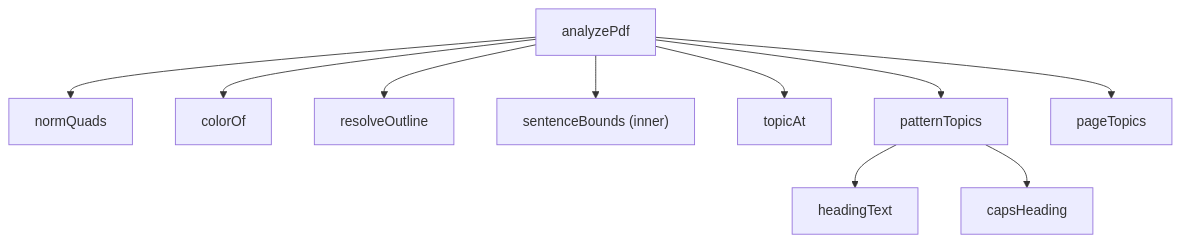
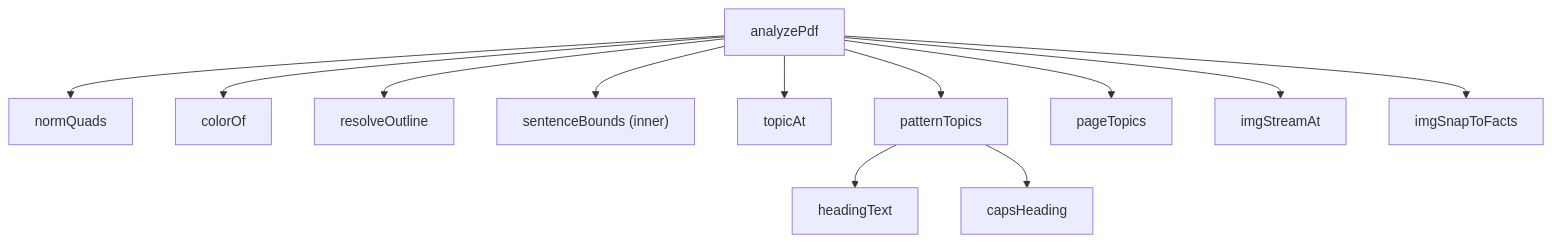
Before and after one commit to Lefarious/Faelights: the diagram in docs/atlas/modules/extraction-core.md, drawn with Mermaid. The commit also changed other lines of this file and 9 other files, not shown here.

````diff
--- a/docs/atlas/modules/extraction-core.md
+++ b/docs/atlas/modules/extraction-core.md
@@ -23,12 +25,14 @@
 ```mermaid
 graph TD
   analyzePdf --> normQuads
   analyzePdf --> colorOf
   analyzePdf --> resolveOutline
   analyzePdf --> sentenceBounds["sentenceBounds (inner)"]
   analyzePdf --> topicAt
   analyzePdf --> patternTopics
   patternTopics --> headingText
   patternTopics --> capsHeading
   analyzePdf --> pageTopics
+  analyzePdf --> imgStreamAt
+  analyzePdf --> imgSnapToFacts
 ```
````
